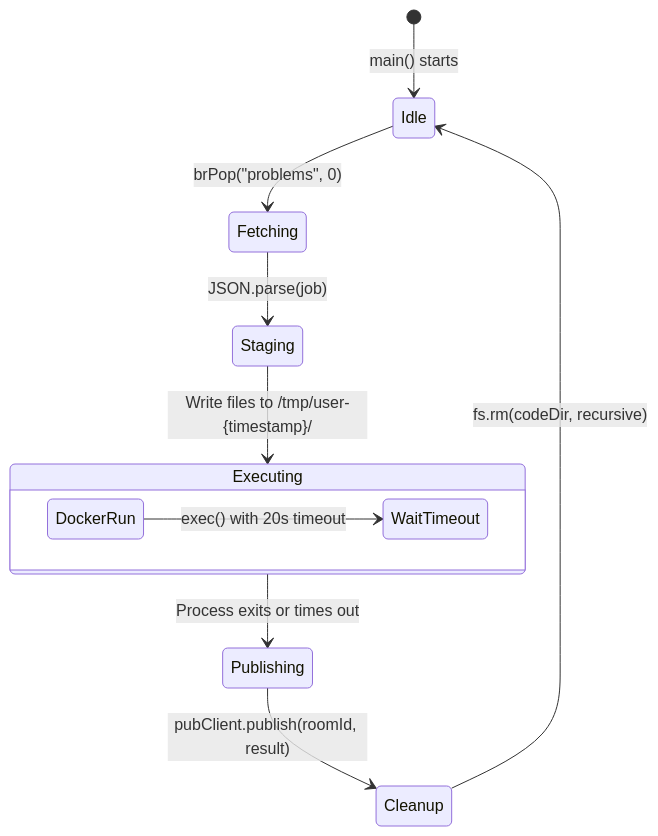
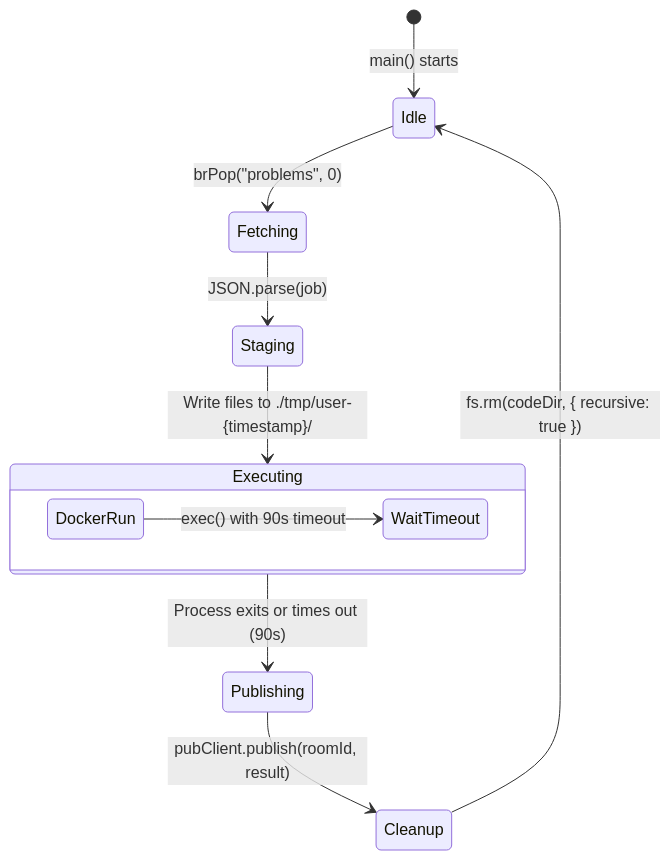
The sixth of 9 diagrams in README.md (harshitzofficial/SYNC-CODE), drawn with Mermaid before and after one commit. The commit also changed other lines of this file, not shown here.

````diff
--- a/README.md
+++ b/README.md
@@ -451,14 +458,14 @@
 ```mermaid
 stateDiagram-v2
     [*] --> Idle: main() starts
     Idle --> Fetching: brPop("problems", 0)
     Fetching --> Staging: JSON.parse(job)
-    Staging --> Executing: Write files to /tmp/user-{timestamp}/
+    Staging --> Executing: Write files to ./tmp/user-{timestamp}/
     state Executing {
         direction LR
-        DockerRun --> WaitTimeout: exec() with 20s timeout
+        DockerRun --> WaitTimeout: exec() with 90s timeout
     }
-    Executing --> Publishing: Process exits or times out
+    Executing --> Publishing: Process exits or times out (90s)
     Publishing --> Cleanup: pubClient.publish(roomId, result)
-    Cleanup --> Idle: fs.rm(codeDir, recursive)
+    Cleanup --> Idle: fs.rm(codeDir, { recursive: true })
 ```
````
